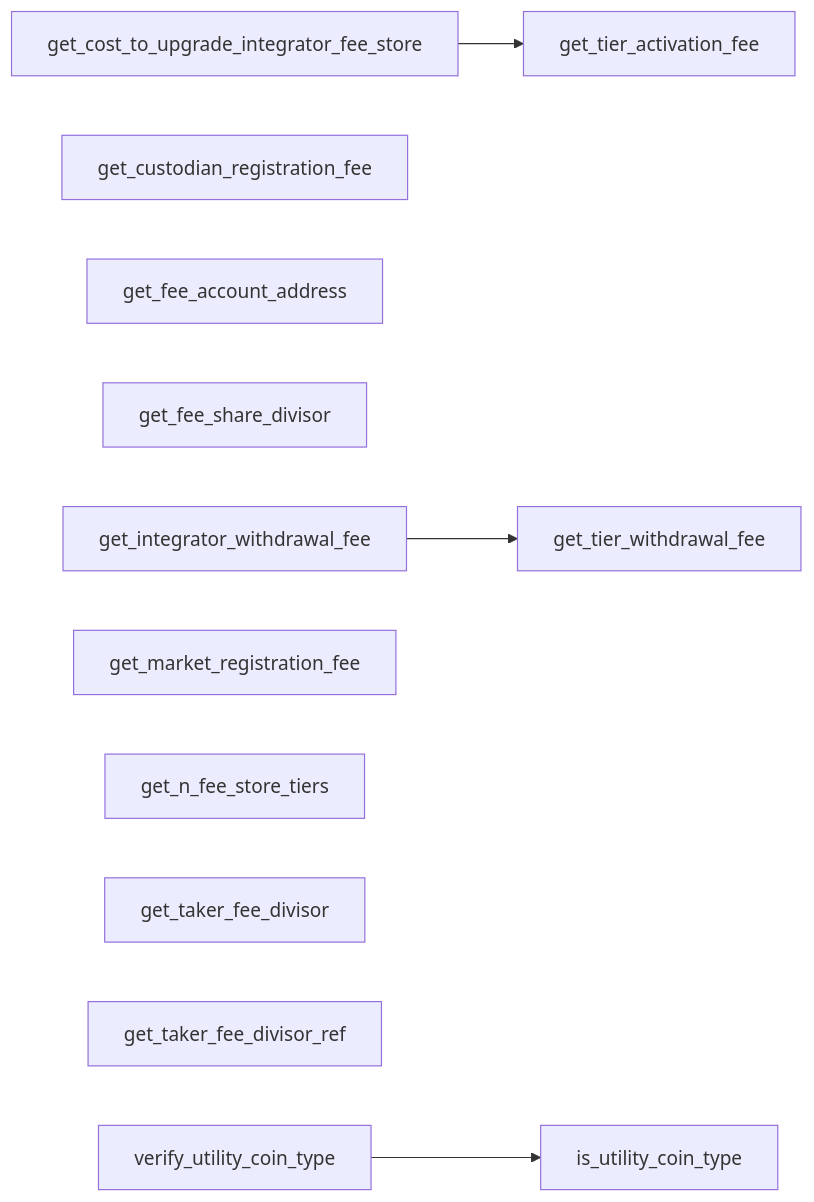
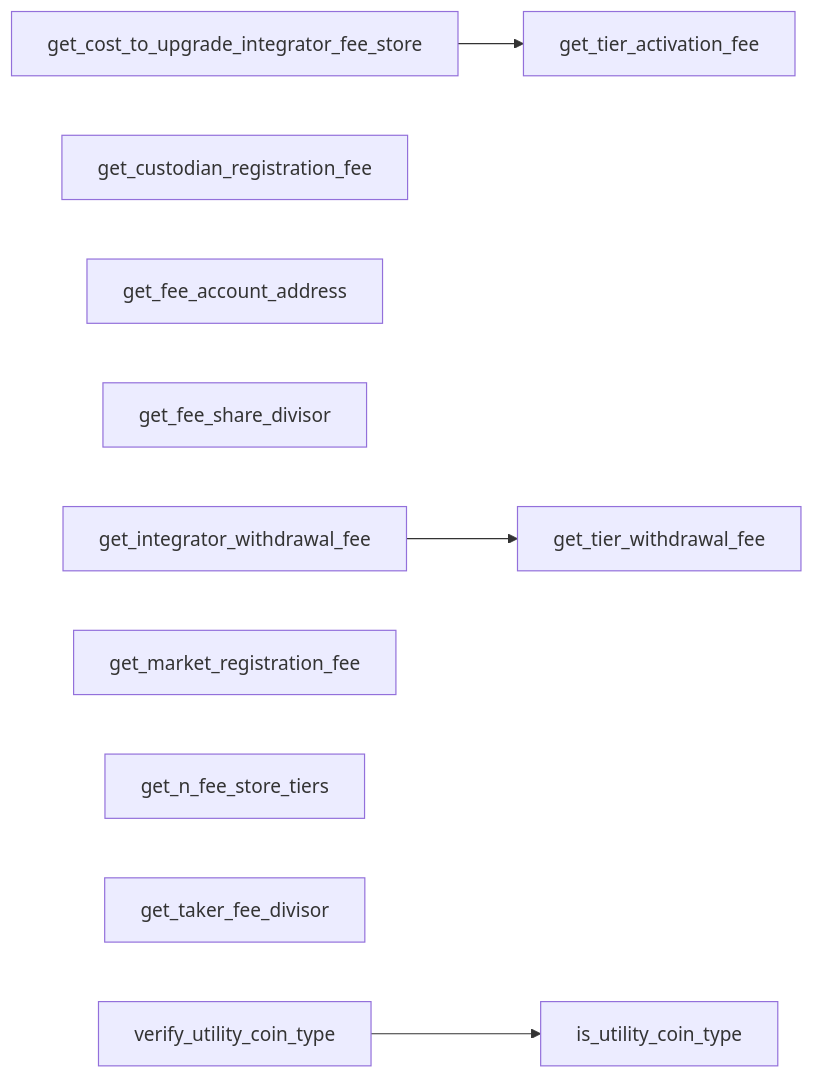
Before and after one commit to econia-labs/econia: the second of 6 diagrams in doc/diagrams/src/modules/incentives.md, drawn with Mermaid. The commit also changed other lines of this file and 2 other files, not shown here.

````diff
--- a/doc/diagrams/src/modules/incentives.md
+++ b/doc/diagrams/src/modules/incentives.md
@@ -29,16 +29,15 @@
 ```mermaid
 
 flowchart LR
 
 get_cost_to_upgrade_integrator_fee_store --> get_tier_activation_fee
 get_custodian_registration_fee
 get_fee_account_address
 get_fee_share_divisor
 get_integrator_withdrawal_fee --> get_tier_withdrawal_fee
 get_market_registration_fee
 get_n_fee_store_tiers
 get_taker_fee_divisor
-get_taker_fee_divisor_ref
 verify_utility_coin_type --> is_utility_coin_type
 
 ```
````
